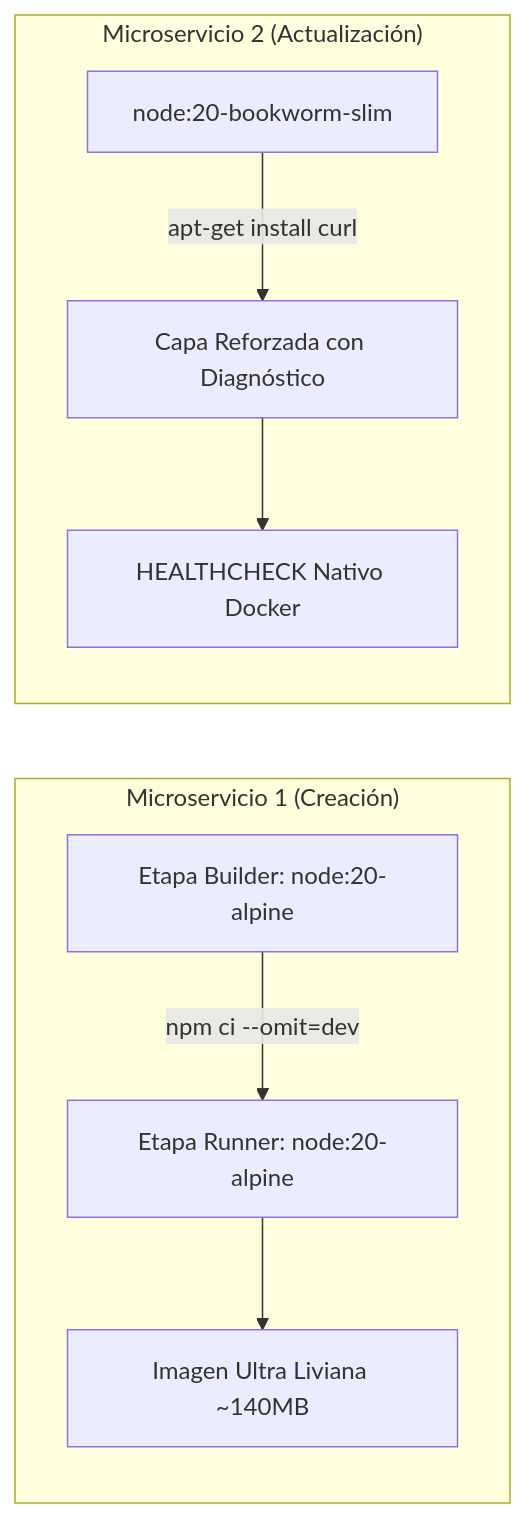
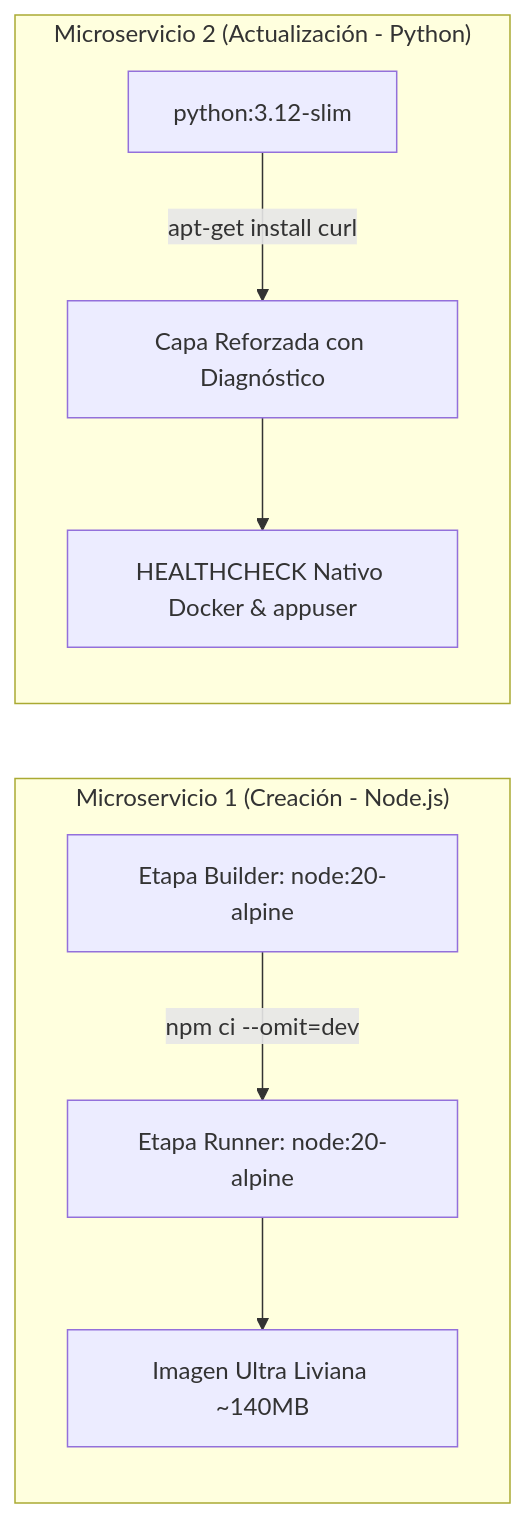
Before and after one commit to AndresRomeroMadrid/Evaluacion2_IngDevops: the diagram in ARQUITECTURA.md, drawn with Mermaid. The commit also changed other lines of this file and 29 other files, not shown here.

Commit message:
feat: migrar microservicio de actualizacion a Python con Flask y PyTest

````diff
--- a/ARQUITECTURA.md
+++ b/ARQUITECTURA.md
@@ -26,12 +26,12 @@
 ```mermaid
 graph LR
-    subgraph MS1["Microservicio 1 (Creación)"]
+    subgraph MS1["Microservicio 1 (Creación - Node.js)"]
         A[Etapa Builder: node:20-alpine] -->|npm ci --omit=dev| B[Etapa Runner: node:20-alpine]
         B --> C[Imagen Ultra Liviana ~140MB]
     end
 
-    subgraph MS2["Microservicio 2 (Actualización)"]
-        D[node:20-bookworm-slim] -->|apt-get install curl| E[Capa Reforzada con Diagnóstico]
-        E --> F[HEALTHCHECK Nativo Docker]
+    subgraph MS2["Microservicio 2 (Actualización - Python)"]
+        D[python:3.12-slim] -->|apt-get install curl| E[Capa Reforzada con Diagnóstico]
+        E --> F[HEALTHCHECK Nativo Docker & appuser]
     end
 ```
````
